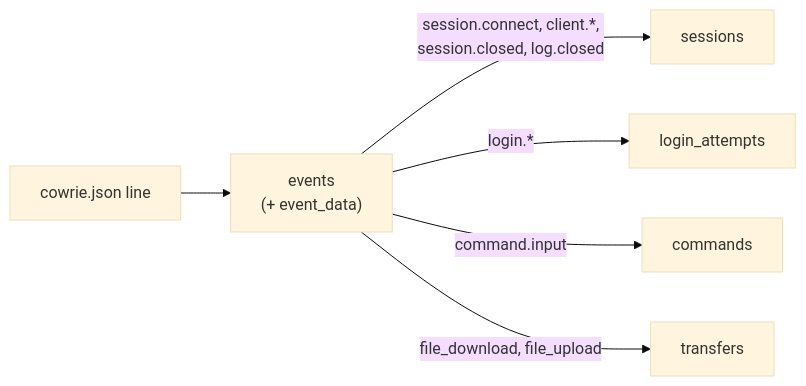
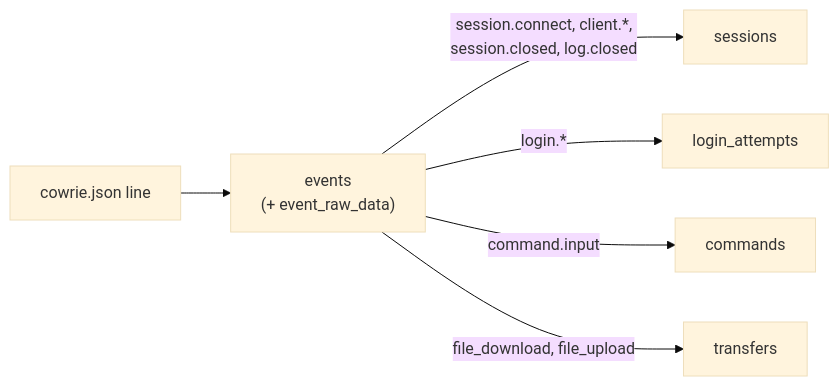
One commit to devleesch001/cauri changed the second of 2 diagrams in docs/db.md. Above: the diagram before and after it, drawn with Mermaid (base theme). The commit also changed other lines of this file and 23 other files, not shown here.

First line of the commit message:
feat(schema): raw lines in event_raw_data, kept for ever, N days or not at all

````diff
--- a/docs/db.md
+++ b/docs/db.md
@@ -230,8 +230,8 @@
 ```mermaid
 flowchart LR
-    line["cowrie.json line"] --> ev["events<br/>(+ event_data)"]
+    line["cowrie.json line"] --> ev["events<br/>(+ event_raw_data)"]
     ev -->|"session.connect, client.*,<br/>session.closed, log.closed"| s["sessions"]
     ev -->|"login.*"| la["login_attempts"]
     ev -->|"command.input"| c["commands"]
     ev -->|"file_download, file_upload"| x["transfers"]
 ```
````
